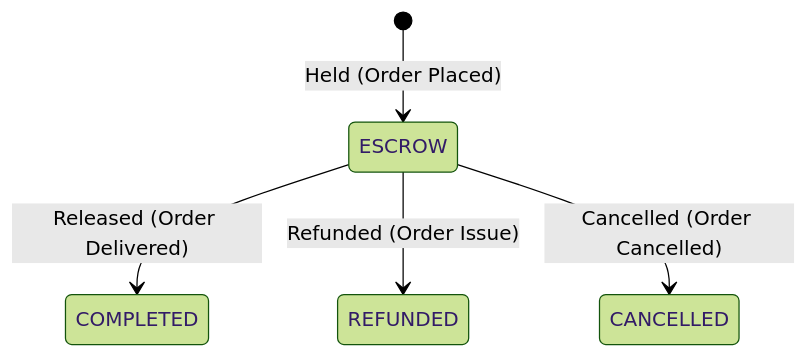
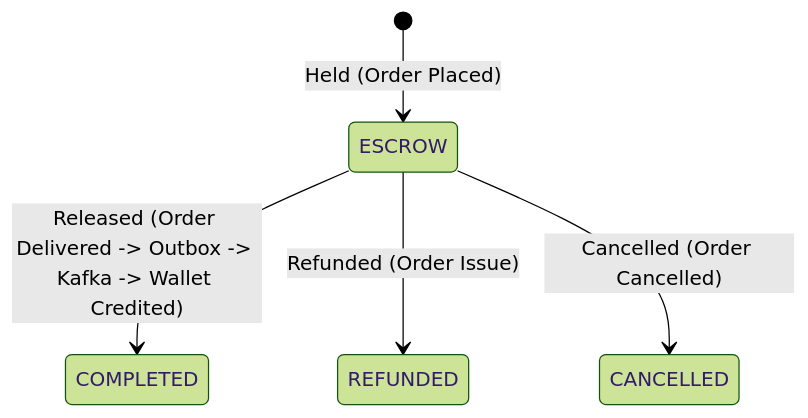
One commit to Shyesilbas/secondHand changed the diagram in src/main/java/com/serhat/secondhand/escrow/README.md. Above: the diagram before and after it, drawn with Mermaid (forest theme). The commit also changed other lines of this file and 42 other files, not shown here.

Commit message:
feat: modernize architecture with Redis Lua, Transactional Outbox, and Kafka across Payment, Escrow, Coupons, Offers, and Showcases

````diff
--- a/src/main/java/com/serhat/secondhand/escrow/README.md
+++ b/src/main/java/com/serhat/secondhand/escrow/README.md
@@ -17,7 +18,7 @@
 ```mermaid
 stateDiagram-v2
     [*] --> ESCROW: Held (Order Placed)
-    ESCROW --> COMPLETED: Released (Order Delivered)
+    ESCROW --> COMPLETED: Released (Order Delivered -> Outbox -> Kafka -> Wallet Credited)
     ESCROW --> REFUNDED: Refunded (Order Issue)
     ESCROW --> CANCELLED: Cancelled (Order Cancelled)
 ```
````
